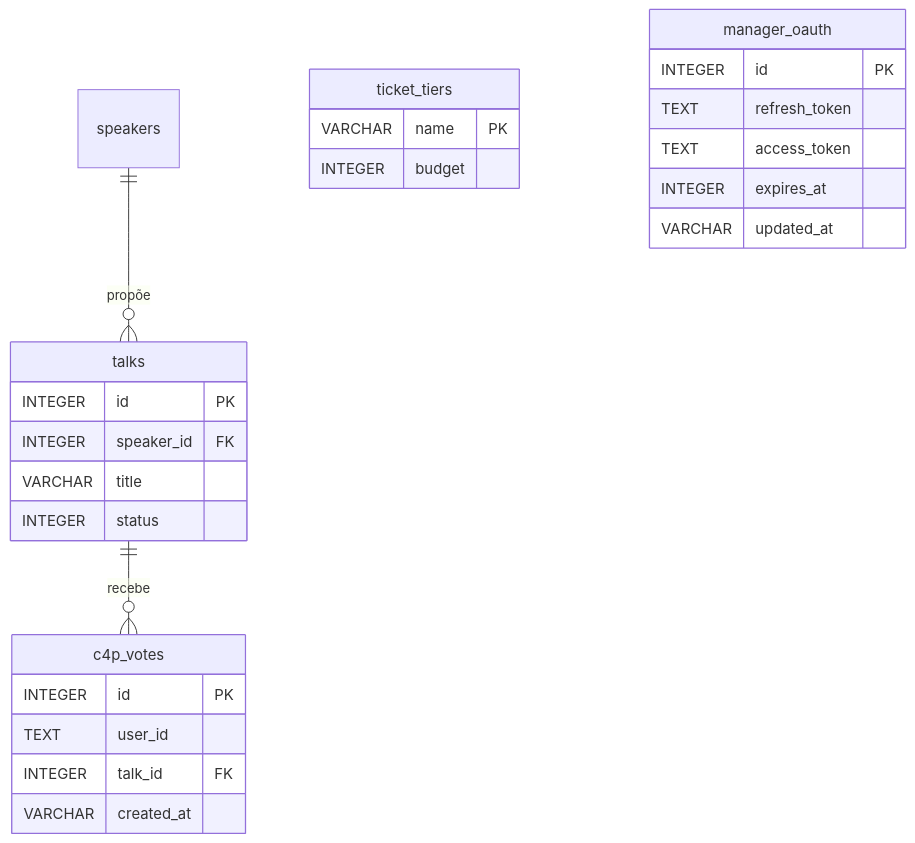
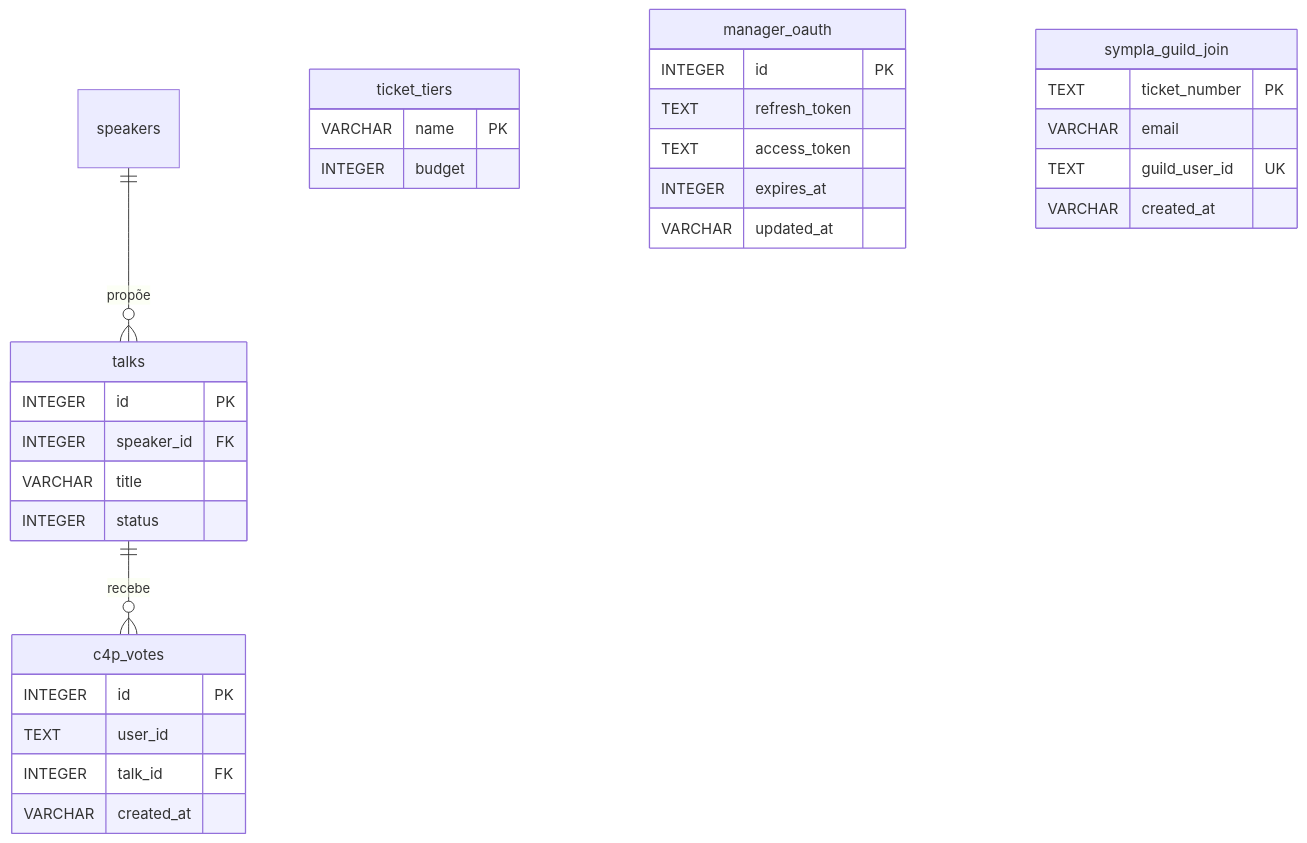
Before and after one commit to nodejsbrazil/jsconf: the second of 2 diagrams in DEVELOPMENT.md, drawn with Mermaid. The commit also changed other lines of this file and 27 other files, not shown here.

Commit message:
feat(vote): let Sympla buyers log in with ticket number and email (#63)

````diff
--- a/DEVELOPMENT.md
+++ b/DEVELOPMENT.md
@@ -185,28 +198,34 @@
 ```mermaid
 erDiagram
     speakers ||--o{ talks : "propõe"
     talks ||--o{ c4p_votes : "recebe"
     ticket_tiers {
         VARCHAR name PK
         INTEGER budget
     }
     c4p_votes {
         INTEGER id PK
         TEXT user_id
         INTEGER talk_id FK
         VARCHAR created_at
     }
     manager_oauth {
         INTEGER id PK
         TEXT refresh_token
         TEXT access_token
         INTEGER expires_at
         VARCHAR updated_at
     }
+    sympla_guild_join {
+        TEXT ticket_number PK
+        VARCHAR email
+        TEXT guild_user_id UK
+        VARCHAR created_at
+    }
     talks {
         INTEGER id PK
         INTEGER speaker_id FK
         VARCHAR title
         INTEGER status
     }
 ```
````
